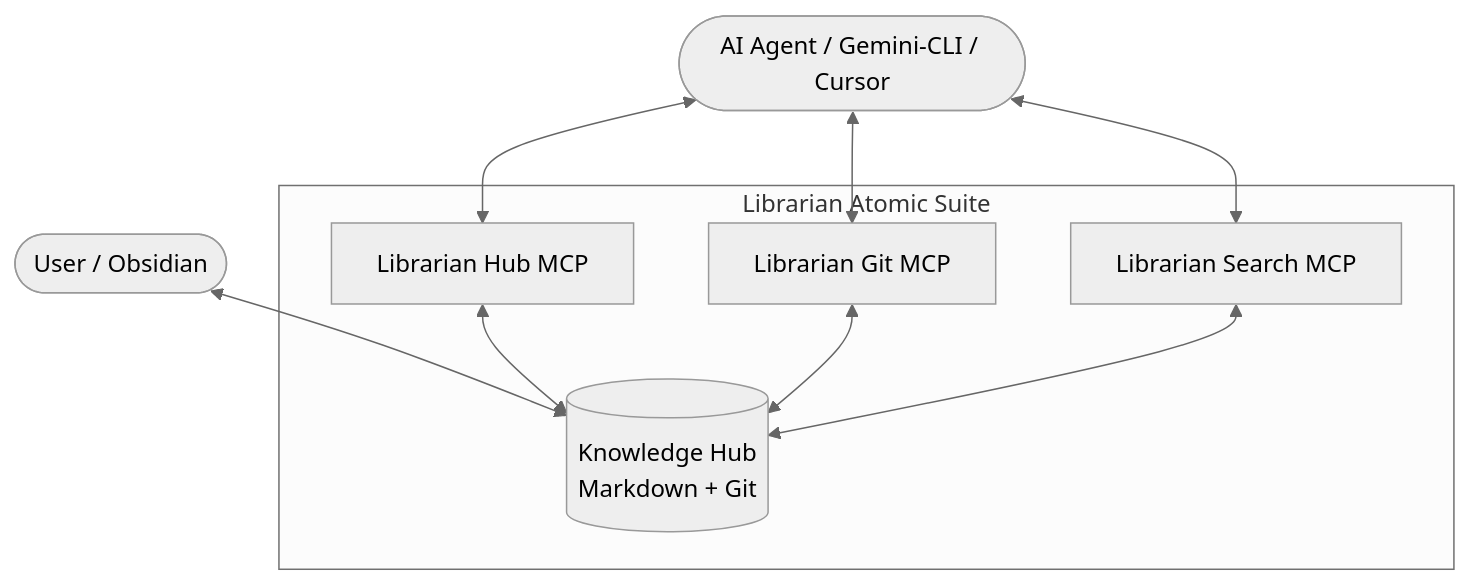
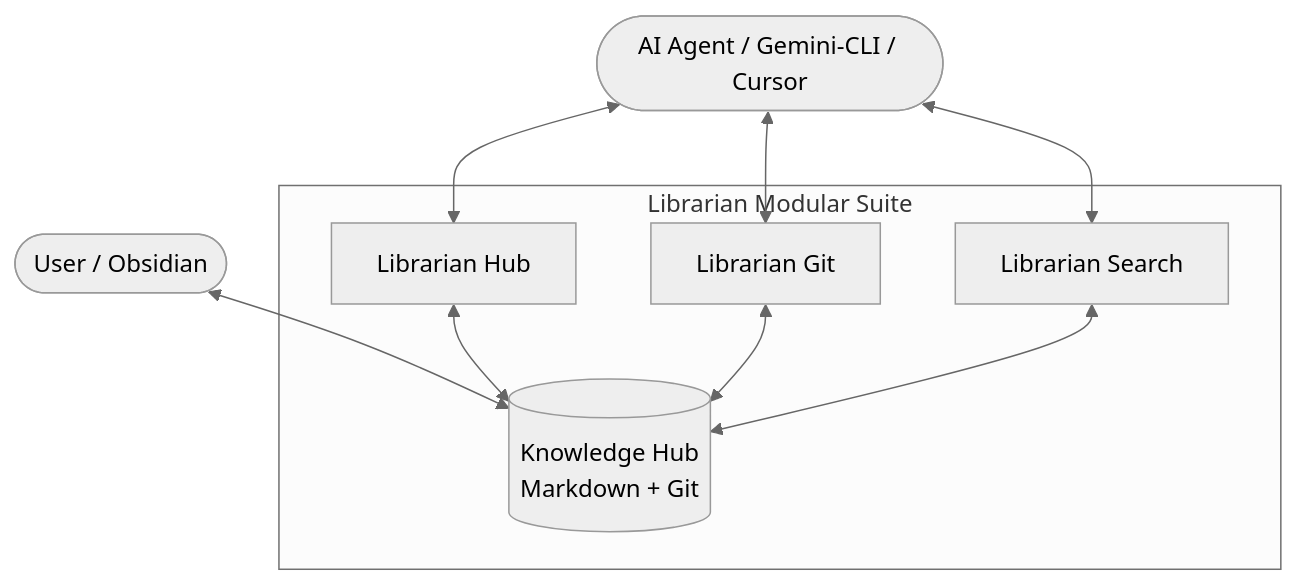
One commit to AlSokolov2/librarian-mcp changed the diagram in README.md. Above: the diagram before and after it, drawn with Mermaid (neutral theme). The commit also changed other lines of this file, not shown here.

Commit message:
docs: update README to reflect v5.0.0 architecture and protocols

````diff
--- a/README.md
+++ b/README.md
@@ -9,12 +14,12 @@
 ```mermaid
 graph TD
     User([User / Obsidian]) <--> Hub[(Knowledge Hub\nMarkdown + Git)]
-    subgraph "Librarian Atomic Suite"
-        Hub_MCP[Librarian Hub MCP] <--> Hub
-        Git_MCP[Librarian Git MCP] <--> Hub
-        Search_MCP[Librarian Search MCP] <--> Hub
+    subgraph "Librarian Modular Suite"
+        Hub_MCP[Librarian Hub] <--> Hub
+        Git_MCP[Librarian Git] <--> Hub
+        Search_MCP[Librarian Search] <--> Hub
     end
     AI_Agent([AI Agent / Gemini-CLI / Cursor]) <--> Hub_MCP
     AI_Agent <--> Git_MCP
     AI_Agent <--> Search_MCP
 ```
````
